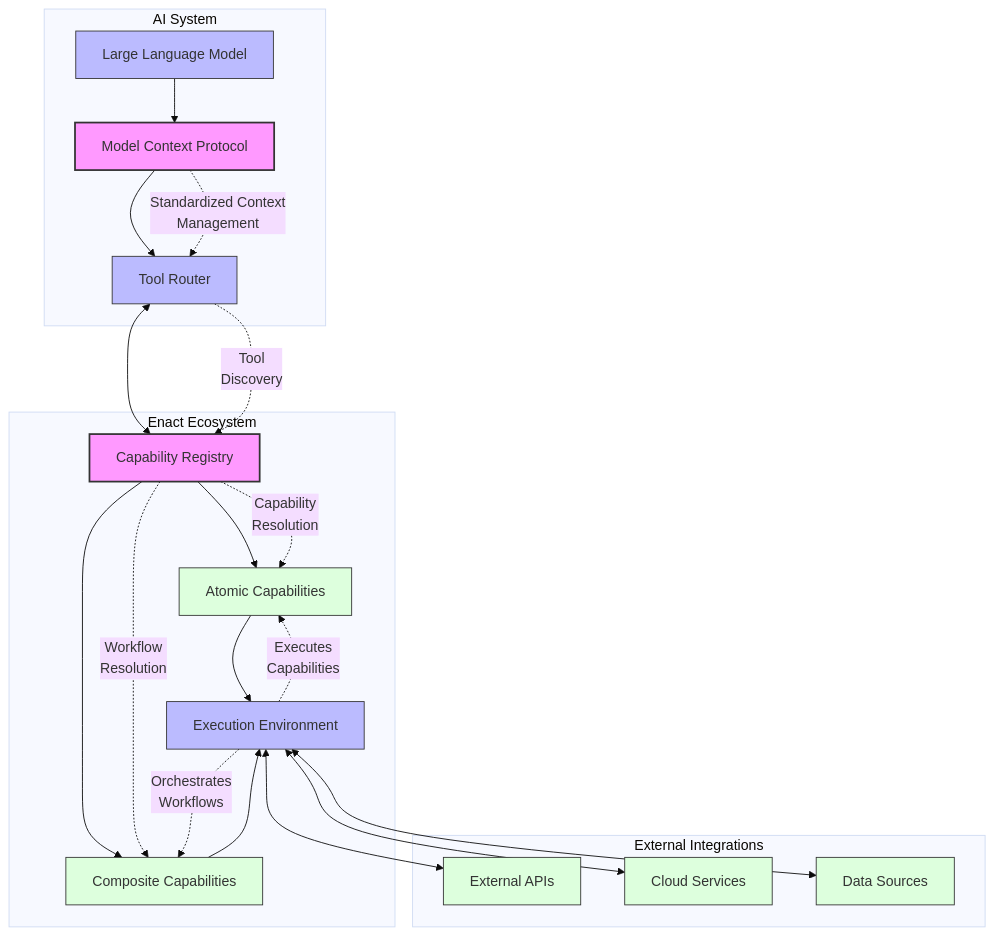
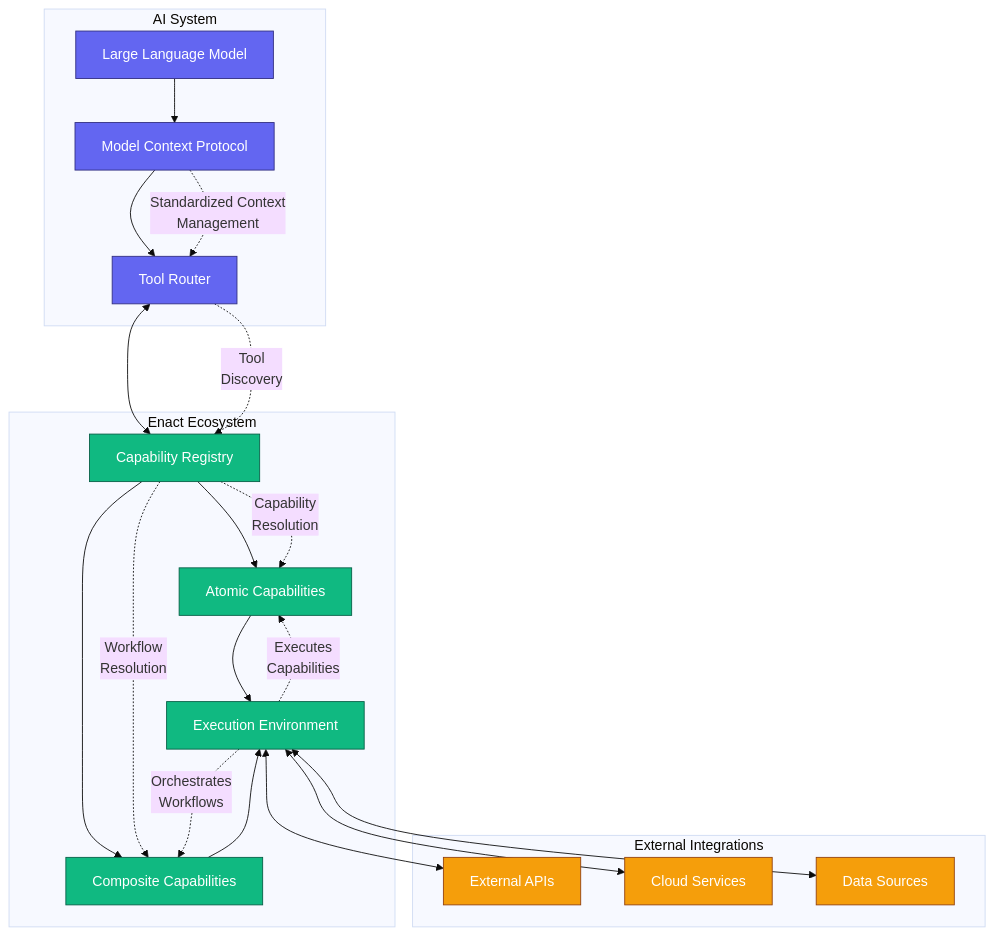
The diagram in README.md (EnactProtocol/encat-spec-and-tools), drawn with Mermaid (base theme) before and after one commit.

Commit message:
better colors

````diff
--- a/README.md
+++ b/README.md
@@ -33,51 +33,53 @@
 ```mermaid
 flowchart TB
     subgraph "AI System"
         LLM[Large Language Model]
         MCP[Model Context Protocol]
         ToolRouter[Tool Router]
     end
     
     subgraph "Enact Ecosystem"
         Registry[Capability Registry]
         AtomicCap[Atomic Capabilities]
         CompositeCap[Composite Capabilities]
         ExecEnv[Execution Environment]
     end
     
     LLM --> MCP
     MCP --> ToolRouter
     ToolRouter <--> Registry
     
     Registry --> AtomicCap
     Registry --> CompositeCap
     AtomicCap --> ExecEnv
     CompositeCap --> ExecEnv
     
     subgraph "External Integrations"
         APIs[External APIs]
         Services[Cloud Services]
         Data[Data Sources]
     end
     
     ExecEnv <--> APIs
     ExecEnv <--> Services
     ExecEnv <--> Data
     
     %% Connection explanations
-    classDef primary fill:#f9f,stroke:#333,stroke-width:2px
-    classDef secondary fill:#bbf,stroke:#333,stroke-width:1px
-    classDef tertiary fill:#dfd,stroke:#333,stroke-width:1px
+    classDef ai fill:#6366F1,stroke:#312E81,stroke-width:1px,color:white
+    classDef enact fill:#10B981,stroke:#065F46,stroke-width:1px,color:white
+    classDef external fill:#F59E0B,stroke:#92400E,stroke-width:1px,color:white
+    classDef primary fill:#EC4899,stroke:#831843,stroke-width:1px,color:white
+    classDef secondary fill:#8B5CF6,stroke:#5B21B6,stroke-width:1px,color:white
     
-    class MCP,Registry primary
-    class LLM,ToolRouter,ExecEnv secondary
-    class AtomicCap,CompositeCap,APIs,Services,Data tertiary
+    class LLM,MCP,ToolRouter ai
+    class Registry,AtomicCap,CompositeCap,ExecEnv enact
+    class APIs,Services,Data external
     
     %% Add descriptions
     MCP -.-> |"Standardized Context<br/>Management"| ToolRouter
     ToolRouter -.-> |"Tool<br/>Discovery"| Registry
     Registry -.-> |"Capability<br/>Resolution"| AtomicCap
     Registry -.-> |"Workflow<br/>Resolution"| CompositeCap
     ExecEnv -.-> |"Executes<br/>Capabilities"| AtomicCap
     ExecEnv -.-> |"Orchestrates<br/>Workflows"| CompositeCap
 ```
````
